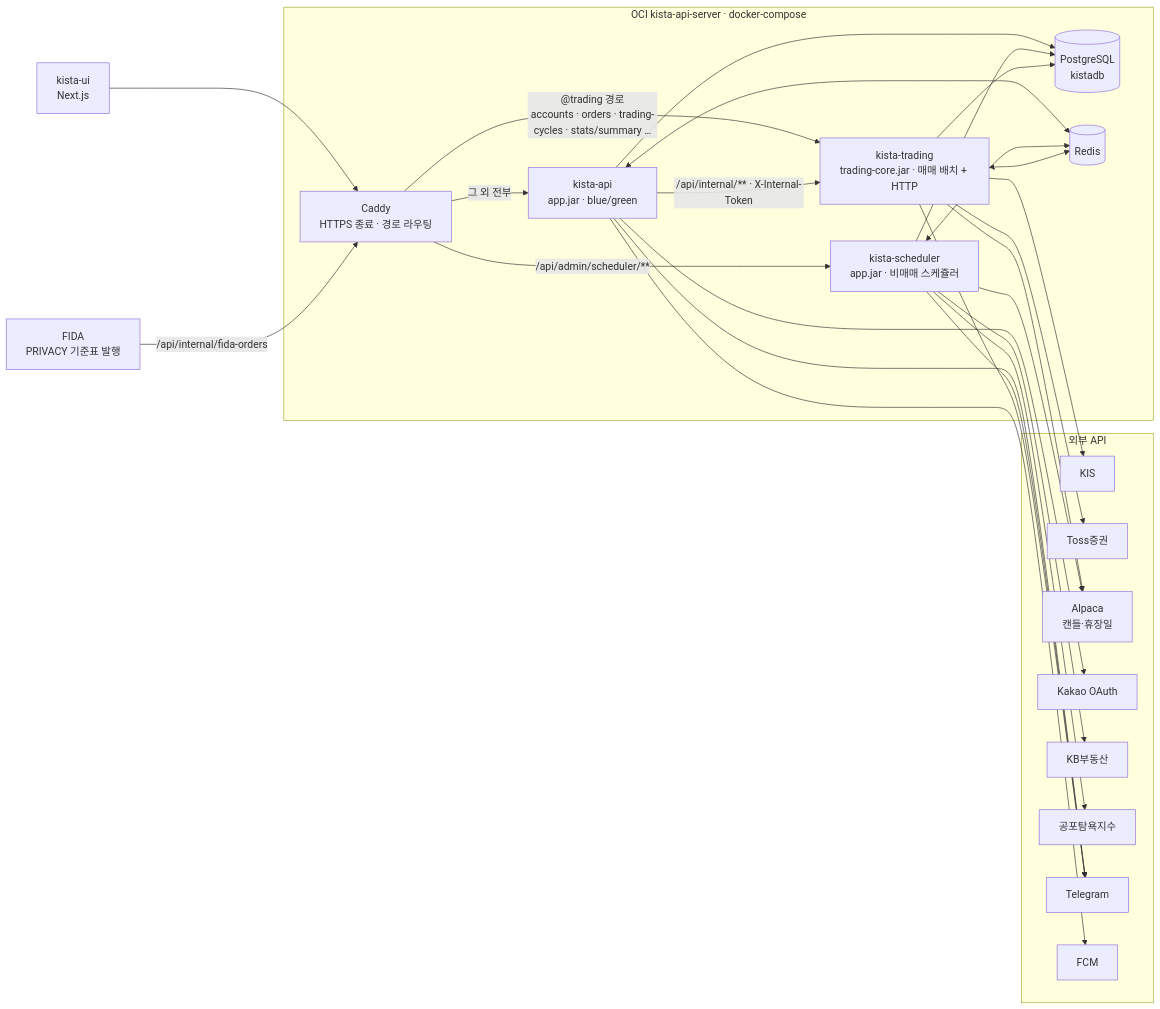
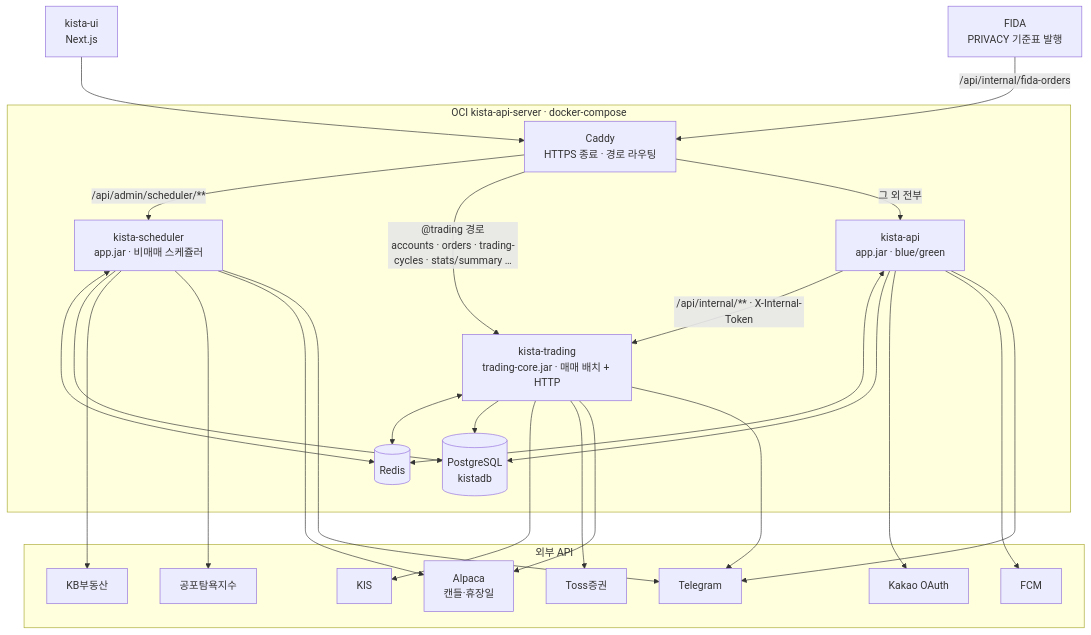
One commit to narafu/kista-api changed the first of 6 diagrams in docs/architecture-map.md. Above: the diagram before and after it, drawn with Mermaid.

Commit message:
docs: L0 시스템 컨텍스트를 탑다운으로 바꾸고 외부 API를 한 줄에 배치한다
Claude-Session: https://claude.ai/code/session_014bowDB9ubN5oGYMFJX6Ehk

````diff
--- a/docs/architecture-map.md
+++ b/docs/architecture-map.md
@@ -17,41 +17,41 @@
 ```mermaid
-flowchart LR
+flowchart TB
     UI["kista-ui<br/>Next.js"]
     FIDA["FIDA<br/>PRIVACY 기준표 발행"]
 
     subgraph OCI["OCI kista-api-server · docker-compose"]
         CADDY["Caddy<br/>HTTPS 종료 · 경로 라우팅"]
         API["kista-api<br/>app.jar · blue/green"]
         SCH["kista-scheduler<br/>app.jar · 비매매 스케쥴러"]
         TRD["kista-trading<br/>trading-core.jar · 매매 배치 + HTTP"]
         PG[("PostgreSQL<br/>kistadb")]
         RD[("Redis")]
     end
 
     subgraph EXT["외부 API"]
         KIS["KIS"]
         TOSS["Toss증권"]
         ALPACA["Alpaca<br/>캔들·휴장일"]
         KAKAO["Kakao OAuth"]
         KB["KB부동산"]
         FG["공포탐욕지수"]
         TG["Telegram"]
         FCM["FCM"]
     end
 
     UI --> CADDY
     FIDA -->|"/api/internal/fida-orders"| CADDY
     CADDY -->|"/api/admin/scheduler/**"| SCH
     CADDY -->|"@trading 경로<br/>accounts · orders · trading-cycles · stats/summary …"| TRD
     CADDY -->|"그 외 전부"| API
 
     API -->|"/api/internal/** · X-Internal-Token"| TRD
     API & SCH & TRD <--> RD
     API & SCH --> PG
     TRD --> PG
 
-    TRD --> KIS & TOSS & ALPACA
-    API --> KAKAO & FCM
-    SCH --> KB & FG & ALPACA
-    API & SCH & TRD --> TG
+    %% 외부 API를 맨 아래 한 줄에 놓으려고 화살표 길이(-)로 rank를 맞춘다: API·SCH는 rank 2, TRD는 rank 3
+    TRD ---> KIS & TOSS & ALPACA & TG
+    API ----> KAKAO & FCM & TG
+    SCH ----> KB & FG & ALPACA & TG
 ```
````
